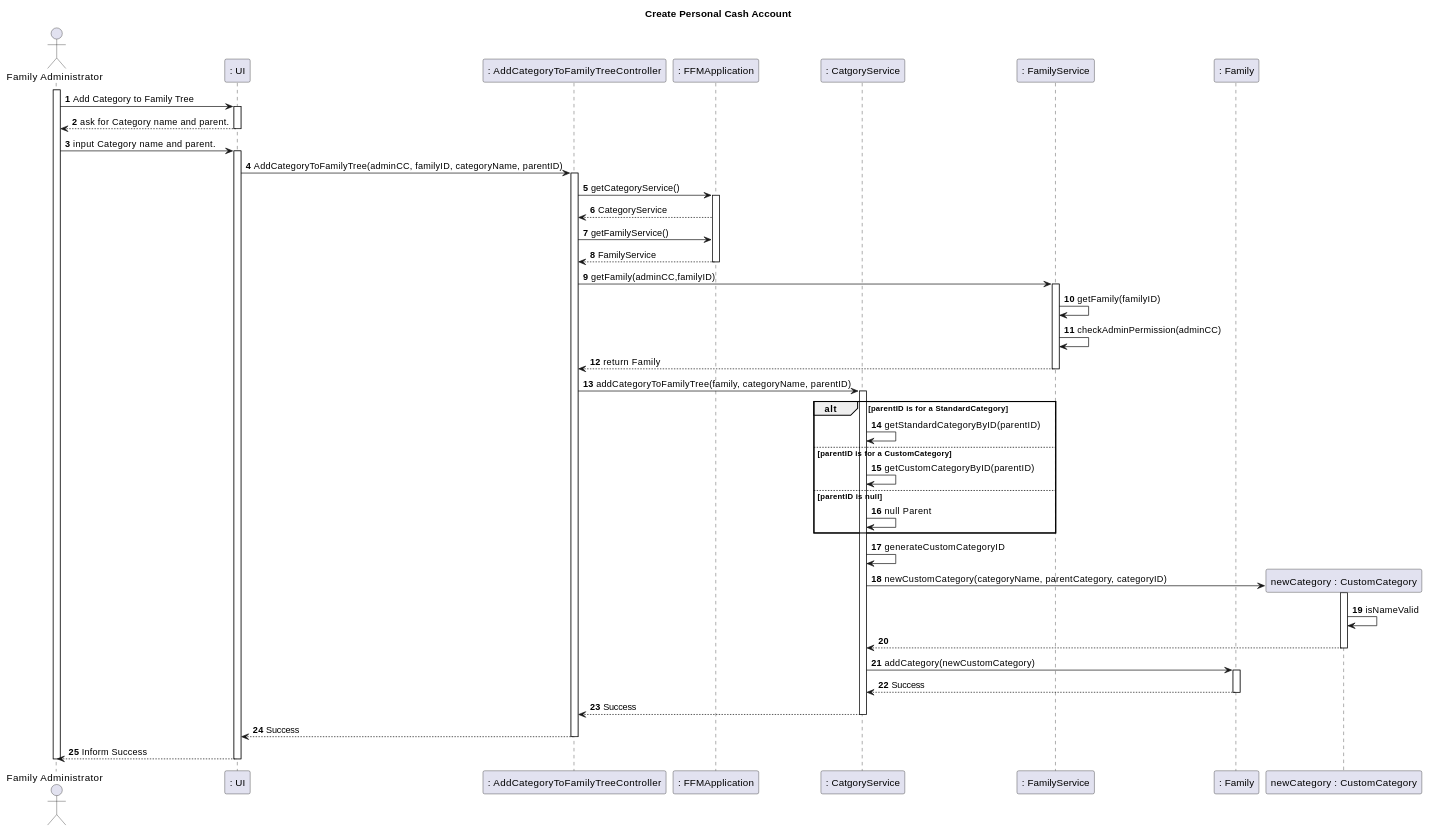
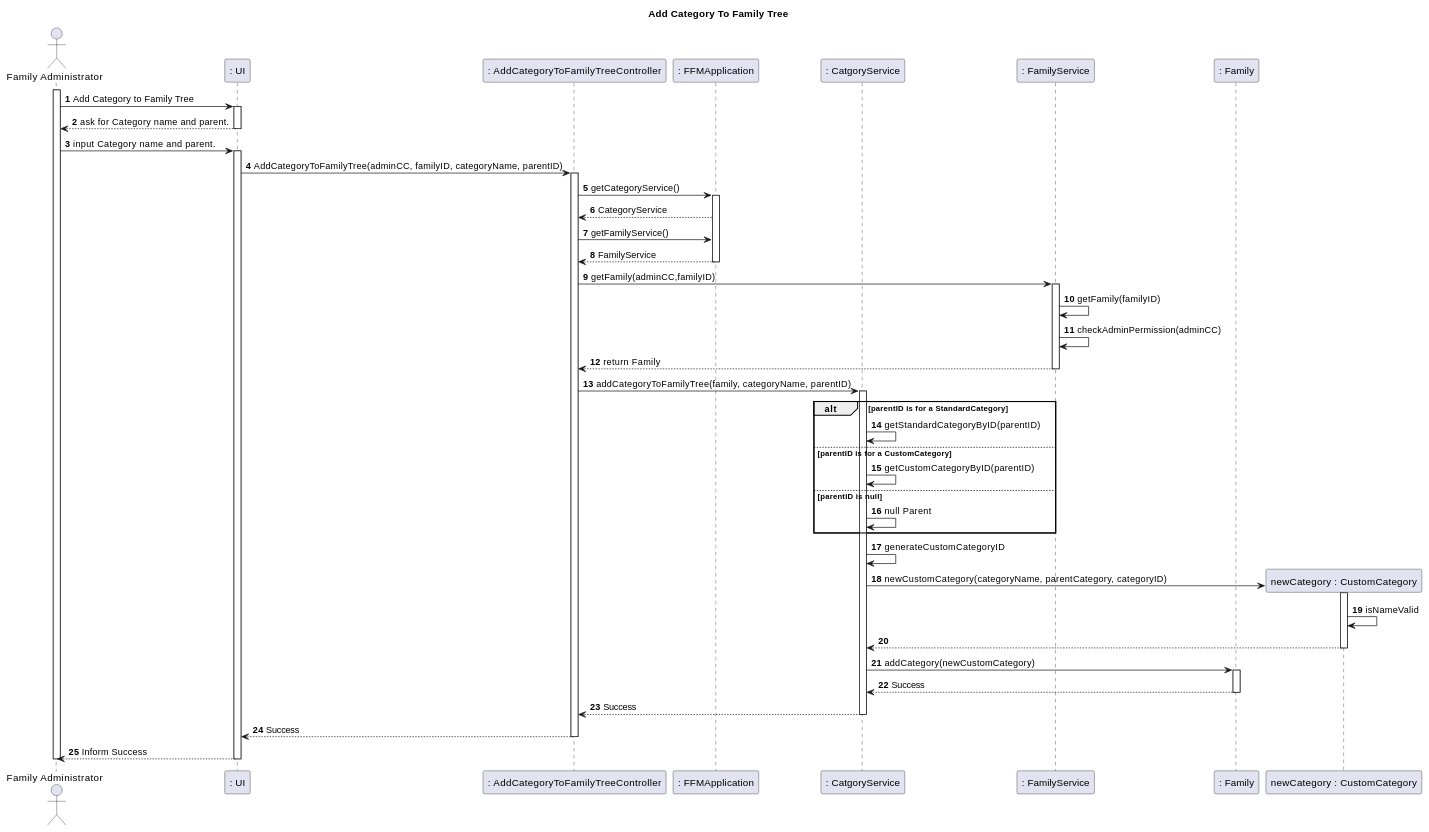
Before and after one commit to tomas-osswald/switch_2020_g3: the second of 3 diagrams in docs/sprint2/user_stories/US111_AddCategoryToFamilyTree.md, drawn with PlantUML. The commit also changed other lines of this file and 2 other files, not shown here.

`````diff
--- a/docs/sprint2/user_stories/US111_AddCategoryToFamilyTree.md
+++ b/docs/sprint2/user_stories/US111_AddCategoryToFamilyTree.md
@@ -62,66 +64,66 @@
 ```` puml
 
 autonumber
-title Create Personal Cash Account
+title Add Category To Family Tree
 actor "Family Administrator" as actor
 participant ": UI" as UI
 participant ": AddCategoryToFamilyTreeController" as controller
 participant ": FFMApplication" as application
 participant ": CatgoryService" as catServ
 participant ": FamilyService" as famServ
 participant ": Family" as fam
 participant "newCategory : CustomCategory" as cat
    
     
    
 activate actor
 actor -> UI: Add Category to Family Tree
 activate UI
 UI --> actor: ask for Category name and parent.
 deactivate UI
 actor -> UI: input Category name and parent.
 activate UI
 UI -> controller: AddCategoryToFamilyTree(adminCC, familyID, categoryName, parentID)
 activate controller
 controller -> application: getCategoryService()
 activate application
 application --> controller: CategoryService
 controller -> application: getFamilyService()
 application --> controller: FamilyService
 deactivate application
 controller -> famServ: getFamily(adminCC,familyID)
 activate famServ
 famServ-> famServ: getFamily(familyID)
 famServ->famServ: checkAdminPermission(adminCC)
 famServ-->controller: return Family
 deactivate famServ
 controller->catServ: addCategoryToFamilyTree(family, categoryName, parentID)
 activate catServ
    
 alt parentID is for a StandardCategory
   catServ->catServ: getStandardCategoryByID(parentID)
 else parentID is for a CustomCategory
   catServ->catServ: getCustomCategoryByID(parentID)
 else parentID is null
   catServ->catServ: null Parent
   end
 catServ->catServ: generateCustomCategoryID
 catServ->cat**: newCustomCategory(categoryName, parentCategory, categoryID)
 activate cat
 cat->cat: isNameValid
 cat-->catServ
 deactivate cat
 catServ->fam: addCategory(newCustomCategory)
 activate fam
 fam-->catServ: Success
 deactivate fam
 catServ-->controller: Success
 deactivate catServ
 controller-->UI: Success
 deactivate controller
 UI --> actor: Inform Success
 deactivate UI
 deactivate actor
 
 @endpuml
 ````
`````
